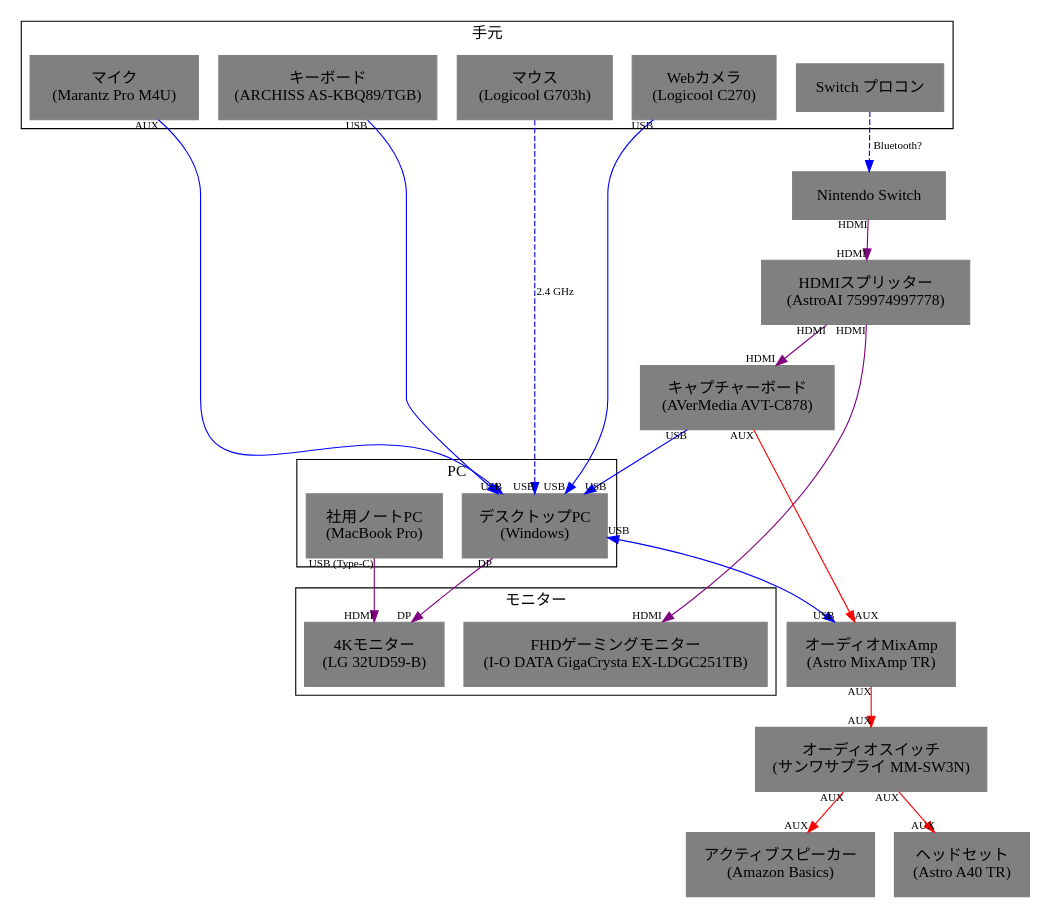
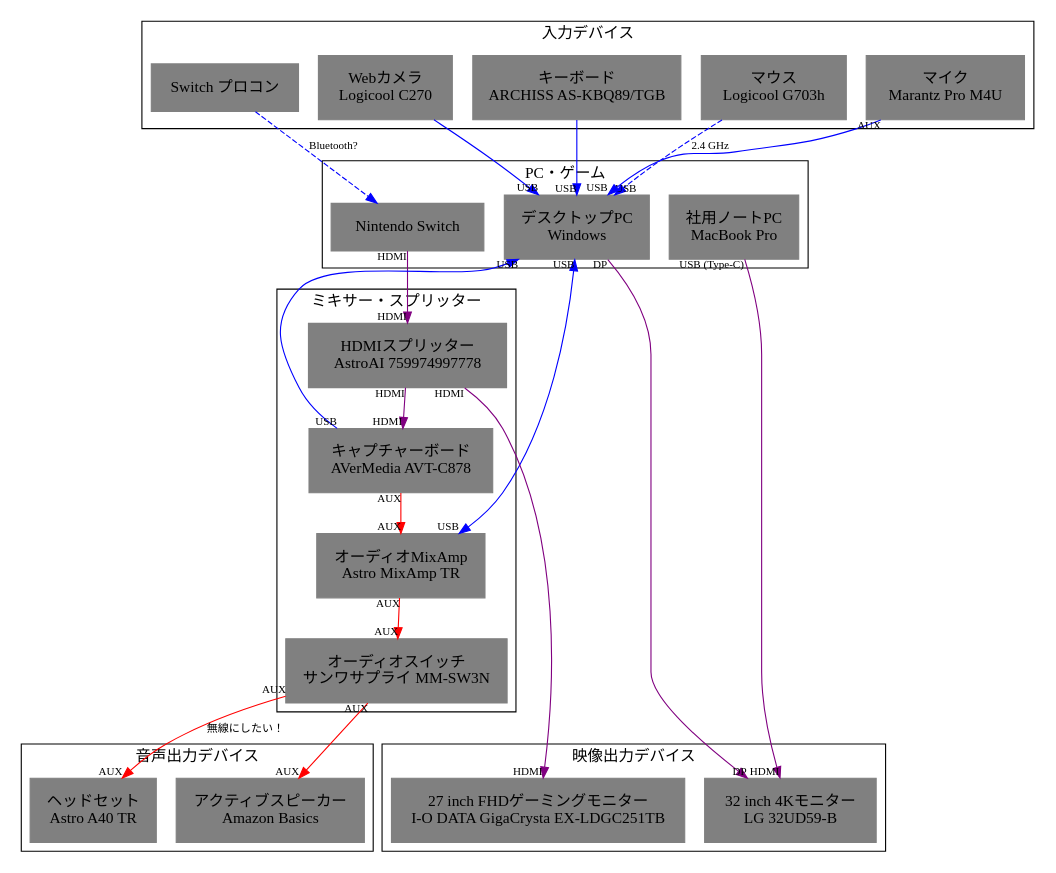
The diagram in desktop.dot (tubo28/desktop), drawn with Graphviz before and after one commit. The commit also changed 1 other file, not shown here.

Commit message:
Add rank conditions

```diff
--- a/desktop.dot
+++ b/desktop.dot
@@ -1,58 +1,71 @@
 digraph {
+    newrank=true
+    
     graph [fontname="mplus-1p-light"];
-    node [fontname="mplus-1p-light", margin=0.2];
+    node [fontname="mplus-1p-light", margin=0.2, color="gray", shape="box", style="filled"];
     edge [fontname="mplus-1p-light", fontsize=10];
 
-    hdmi_splitter [color="gray", label="HDMIスプリッター\n(AstroAI 759974997778)", shape="box", style="filled"];
-    capture_board [color="gray", label="キャプチャーボード\n(AVerMedia AVT-C878)", shape="box", style="filled"];
-    astro_mixamp [color="gray", label="オーディオMixAmp\n(Astro MixAmp TR)", shape="box", style="filled"];
-
-    audio_switcher [color="gray", label="オーディオスイッチ\n(サンワサプライ MM-SW3N)", shape="box", style="filled"]
-    active_speaker [color="gray", label="アクティブスピーカー\n(Amazon Basics)", shape="box", style="filled"]
-    headset [color="gray", label="ヘッドセット\n(Astro A40 TR)", shape="box", style="filled"];
-
-    nintendo_switch [color="gray", label="Nintendo Switch", shape="box", style="filled"];
-    # { rank=min; nintendo_switch }
-
     subgraph cluster_pcs {
-        label="PC"
-        pc_windows [color="gray", label="デスクトップPC\n(Windows)", shape="box", style="filled"];
-        pc_mbp [color="gray", label="社用ノートPC\n(MacBook Pro)", shape="box", style="filled"];
+        label="PC・ゲーム"
+        rank=same;
+        pc_windows [label="デスクトップPC\nWindows"];
+        pc_mbp [label="社用ノートPC\nMacBook Pro"];
+        nintendo_switch [label="Nintendo Switch"];
     }
 
-    subgraph cluster_io {
-        label="手元"
-        keyboard [color="gray", label="キーボード\n(ARCHISS AS-KBQ89/TGB)", shape="box", style="filled"];
-        mouse [color="gray", label="マウス\n(Logicool G703h)", shape="box", style="filled"];
-        switch_controller [color="gray", label="Switch プロコン", shape="box", style="filled"];
-        mic [color="gray", label="マイク\n(Marantz Pro M4U)", shape="box", style="filled"];
-        cam [color="gray", label="Webカメラ\n(Logicool C270)", shape="box", style="filled"];
+    subgraph cluster_input {
+        label="入力デバイス"
+        rank=same;
+        keyboard [label="キーボード\nARCHISS AS-KBQ89/TGB"];
+        mouse [label="マウス\nLogicool G703h"];
+        mic [label="マイク\nMarantz Pro M4U"];
+        cam [label="Webカメラ\nLogicool C270"];
+        switch_controller [color="gray", label="Switch プロコン"];
     }
 
-    subgraph cluster_monitors {
-        label="モニター";
-        monitor_4k [color="gray", label="4Kモニター\n(LG 32UD59-B)", shape="box", style="filled"];
-        monitor_gigacrysta [color="gray", label="FHDゲーミングモニター\n(I-O DATA GigaCrysta EX-LDGC251TB)", shape="box", style="filled"];
+    subgraph cluster_mix {
+        label="ミキサー・スプリッター"
+        # rank=same;
+        hdmi_splitter [label="HDMIスプリッター\nAstroAI 759974997778"];
+        capture_board [label="キャプチャーボード\nAVerMedia AVT-C878"];
+        astro_mixamp [label="オーディオMixAmp\nAstro MixAmp TR"];
+        audio_switcher [label="オーディオスイッチ\nサンワサプライ MM-SW3N"]
     }
+
+    subgraph cluster_video_output {
+        label="映像出力デバイス";
+        rank=same;
+        monitor_4k [label="32 inch 4Kモニター\nLG 32UD59-B"];
+        monitor_gigacrysta [label="27 inch FHDゲーミングモニター\nI-O DATA GigaCrysta EX-LDGC251TB"];
+    }
+
+    subgraph cluster_audio_output {
+        label="音声出力デバイス";
+        rank=same;
+        active_speaker [label="アクティブスピーカー\nAmazon Basics"]
+        headset [label="ヘッドセット\nAstro A40 TR"];
+    }
+
+    { rank=same; monitor_4k, monitor_gigacrysta, active_speaker, headset}
 
     nintendo_switch -> hdmi_splitter [headlabel="HDMI", taillabel="HDMI", color=purple];
     hdmi_splitter -> monitor_gigacrysta [headlabel="HDMI", taillabel="HDMI", color=purple];
     hdmi_splitter -> capture_board [headlabel="HDMI", taillabel="HDMI", color=purple];
     capture_board -> pc_windows [headlabel="USB", taillabel="USB", color=blue];
 
     mouse -> pc_windows [headlabel="USB", label="2.4 GHz", style="dashed", color=blue];
-    keyboard -> pc_windows [taillabel="USB", color=blue];
+    keyboard -> pc_windows [headlabel="USB", color=blue];
     mic -> pc_windows [headlabel="USB", taillabel="AUX", color=blue];
-    cam -> pc_windows [headlabel="USB", taillabel="USB", color=blue];
+    cam -> pc_windows [headlabel="USB", color=blue];
+    switch_controller -> nintendo_switch [label="Bluetooth?", style="dashed", color=blue];
 
     pc_windows -> monitor_4k [headlabel="DP", taillabel="DP", color=purple];
     pc_mbp -> monitor_4k [headlabel="HDMI", taillabel="USB (Type-C)", color=purple];
     pc_windows -> astro_mixamp [dir="both", headlabel="USB", taillabel="USB", color=blue]
     
     astro_mixamp -> audio_switcher [headlabel="AUX", taillabel="AUX", color=red];
-    audio_switcher -> headset [headlabel="AUX", taillabel="AUX", color=red];
+    audio_switcher -> headset [headlabel="AUX", taillabel="AUX", color=red, label="無線にしたい！"];
     audio_switcher -> active_speaker [headlabel="AUX", taillabel="AUX", color=red];
 
-    switch_controller -> nintendo_switch [label="Bluetooth?", style="dashed", color=blue];
     capture_board -> astro_mixamp [headlabel="AUX", taillabel="AUX", color=red];
 }
```
